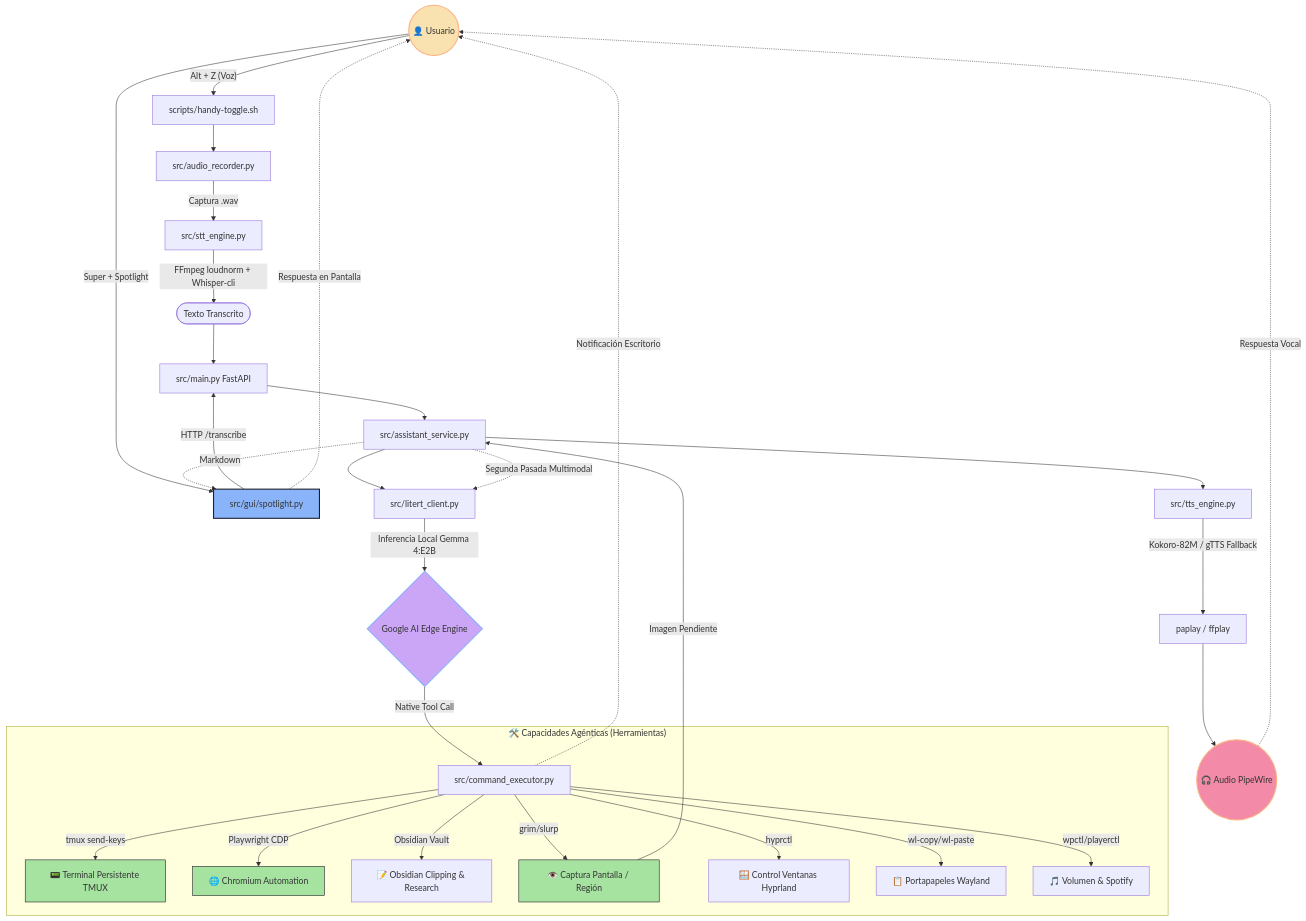
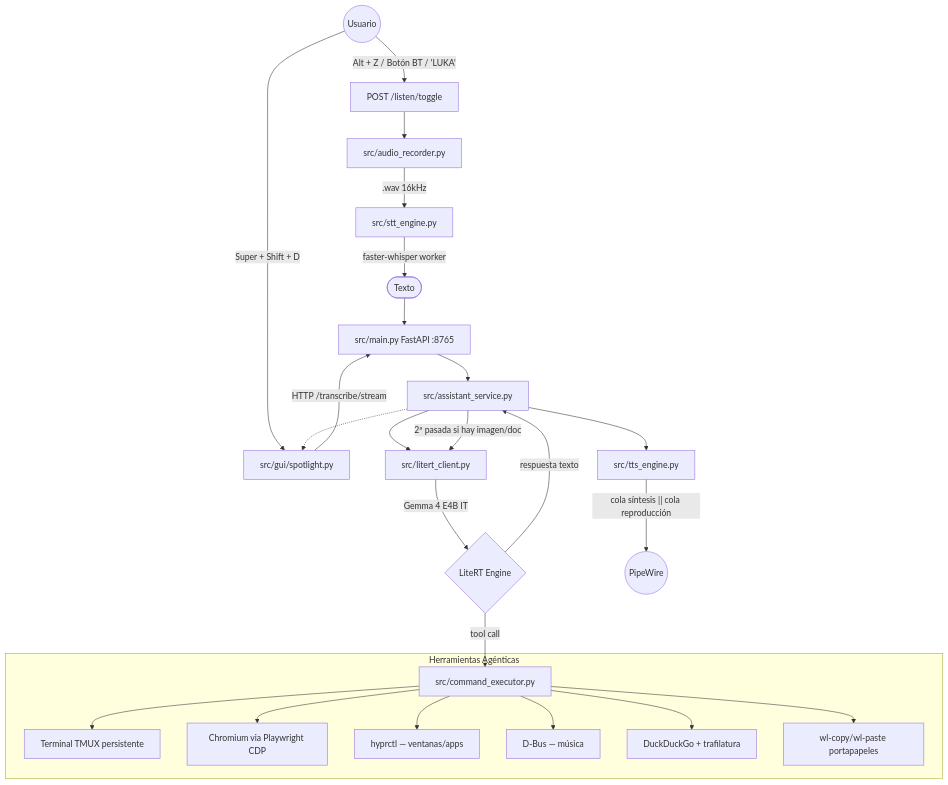
One commit to vicherarr/asistenteIaOmarchy changed the diagram in README.md. Above: the diagram before and after it, drawn with Mermaid. The commit also changed other lines of this file, not shown here.

````diff
--- a/README.md
+++ b/README.md
@@ -19,55 +17,33 @@
 ```mermaid
 graph TD
-    %% Triggering inputs
-    User((👤 Usuario)) -- "Alt + Z (Voz)" --> Trigger[scripts/handy-toggle.sh]
-    User -- "Super + Spotlight" --> Spotlight[src/gui/spotlight.py]
+    User((Usuario)) -- "Alt + Z / Botón BT / 'LUKA'" --> Toggle[POST /listen/toggle]
+    User -- "Super + Shift + D" --> Spotlight[src/gui/spotlight.py]
 
-    %% Recording & Transcription
-    Trigger --> Rec[src/audio_recorder.py]
-    Rec -- "Captura .wav" --> STT[src/stt_engine.py]
-    STT -- "FFmpeg loudnorm + Whisper-cli" --> Text([Texto Transcrito])
-    
-    %% API & Brain Orchestration
-    Text --> API[src/main.py FastAPI]
-    Spotlight -- "HTTP /transcribe" --> API
+    Toggle --> Rec[src/audio_recorder.py]
+    Rec -- ".wav 16kHz" --> STT[src/stt_engine.py]
+    STT -- "faster-whisper worker" --> Text([Texto])
+
+    Text --> API[src/main.py FastAPI :8765]
+    Spotlight -- "HTTP /transcribe/stream" --> API
     API --> Service[src/assistant_service.py]
     Service --> Client[src/litert_client.py]
-    Client -- "Inferencia Local Gemma 4:E2B" --> Engine{Google AI Edge Engine}
+    Client -- "Gemma 4 E4B IT" --> Engine{LiteRT Engine}
 
-    %% Native Tool Calling Loop
-    Engine -- "Native Tool Call" --> Tools[src/command_executor.py]
-    
-    subgraph "🛠️ Capacidades Agénticas (Herramientas)"
-        Tools -- "tmux send-keys" --> Tmux[📟 Terminal Persistente TMUX]
-        Tools -- "Playwright CDP" --> CDP[🌐 Chromium Automation]
-        Tools -- "Obsidian Vault" --> Obsidian[📝 Obsidian Clipping & Research]
-        Tools -- "grim/slurp" --> Vision[👁️ Captura Pantalla / Región]
-        Tools -- "hyprctl" --> Hypr[🪟 Control Ventanas Hyprland]
-        Tools -- "wl-copy/wl-paste" --> Clip[📋 Portapapeles Wayland]
-        Tools -- "wpctl/playerctl" --> AudioMusic[🎵 Volumen & Spotify]
+    Engine -- "tool call" --> Tools[src/command_executor.py]
+
+    subgraph "Herramientas Agénticas"
+        Tools --> Tmux[Terminal TMUX persistente]
+        Tools --> CDP[Chromium via Playwright CDP]
+        Tools --> Hypr[hyprctl — ventanas/apps]
+        Tools --> Spotify[D-Bus — música]
+        Tools --> Web[DuckDuckGo + trafilatura]
+        Tools --> Clip[wl-copy/wl-paste portapapeles]
     end
 
-    %% Visual Loop for Screenshot Analysis
-    Vision -- "Imagen Pendiente" --> Service
-    Service -.-> |"Segunda Pasada Multimodal"| Client
+    Engine -- "respuesta texto" --> Service
+    Service -- "2ª pasada si hay imagen/doc" --> Client
 
-    %% Output loop
     Service --> TTS[src/tts_engine.py]
-    TTS -- "Kokoro-82M / gTTS Fallback" --> Play[paplay / ffplay]
-    Play --> Output((🎧 Audio PipeWire))
-    
-    %% Feedback loops
-    Tools -.-> |"Notificación Escritorio"| User
-    Output -.-> |"Respuesta Vocal"| User
-    Service -.-> |"Markdown"| Spotlight
-    Spotlight -.-> |"Respuesta en Pantalla"| User
-
-    %% Styling
-    style User fill:#f9e2af,stroke:#fab387,stroke-width:2px
-    style Engine fill:#cba6f7,stroke:#89b4fa,stroke-width:2px
-    style Spotlight fill:#89b4fa,stroke:#1e1e2e,stroke-width:2px
-    style Tmux fill:#a6e3a1,stroke:#11111b,stroke-width:1px
-    style CDP fill:#a6e3a1,stroke:#11111b,stroke-width:1px
-    style Vision fill:#a6e3a1,stroke:#11111b,stroke-width:1px
-    style Output fill:#f38ba8,stroke:#fab387,stroke-width:2px
+    TTS -- "cola síntesis || cola reproducción" --> Audio((PipeWire))
+    Service -.-> Spotlight
 ```
````
